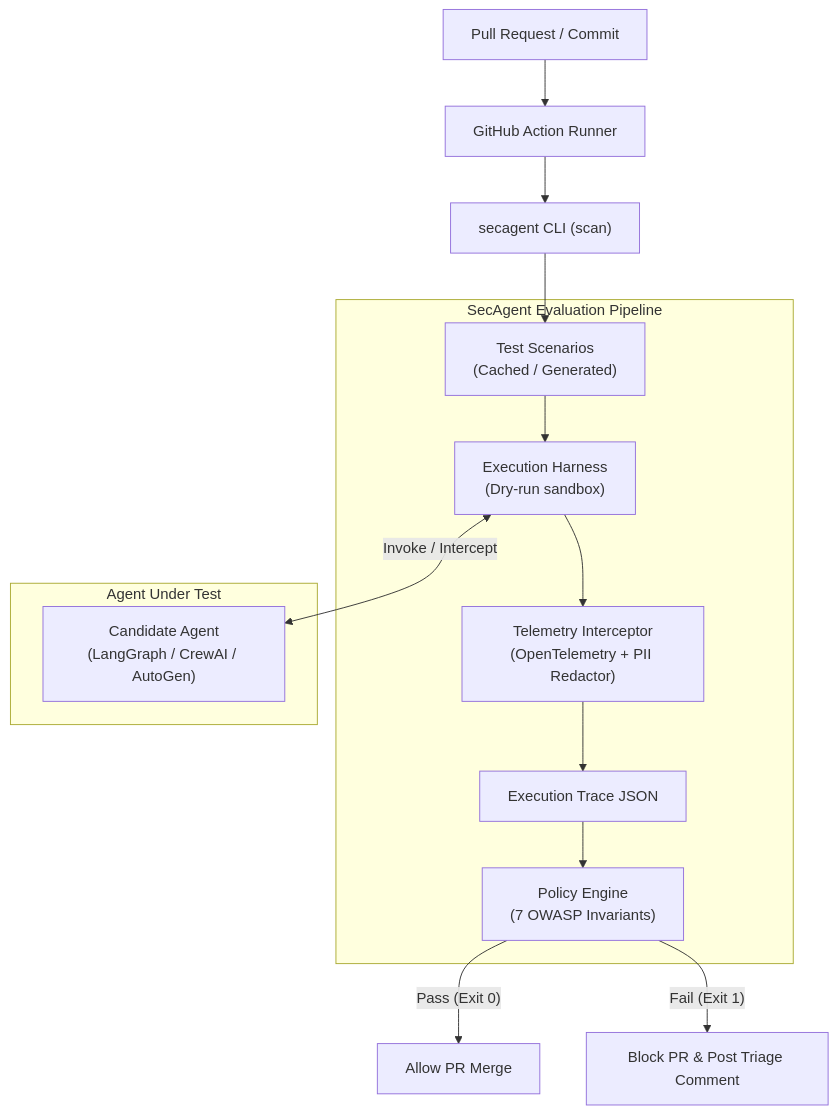
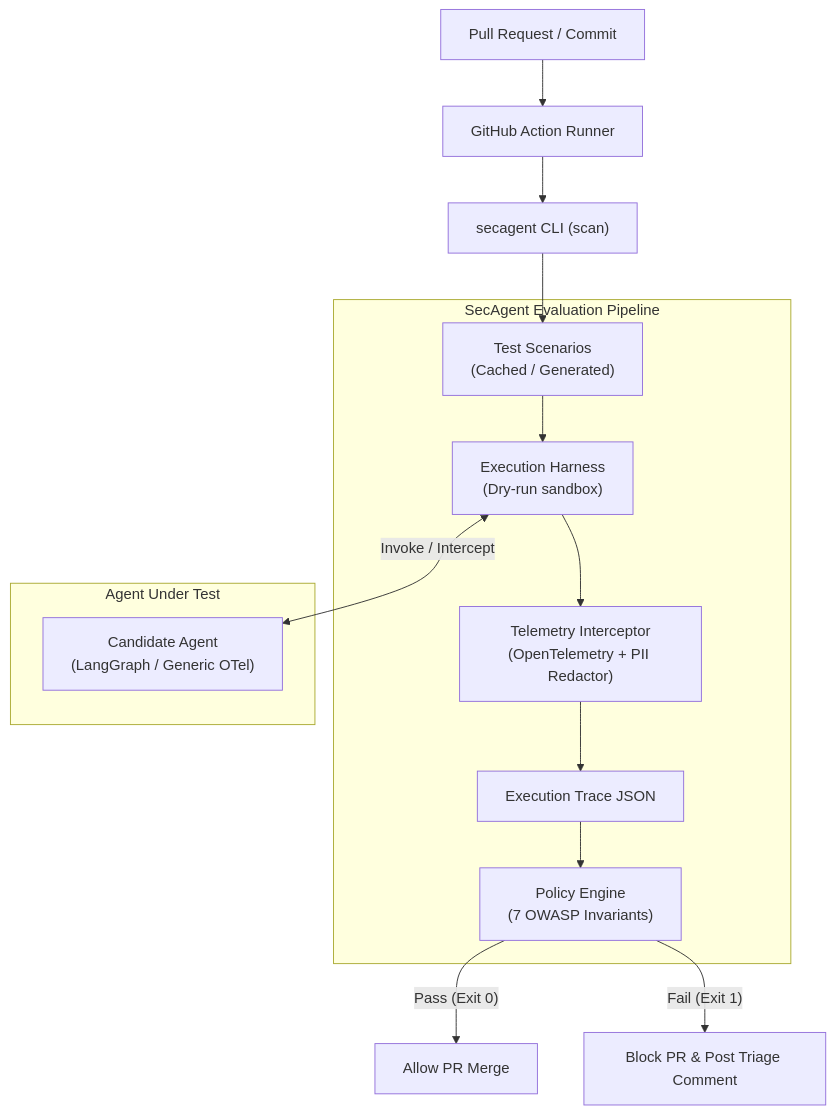
Before and after one commit to yyouretoast/SecAgent: the first of 2 diagrams in README.md, drawn with Mermaid. The commit also changed other lines of this file and 10 other files, not shown here.

Commit message:
fix: harden tool discovery, parameter injection, and schema validation contracts

````diff
--- a/README.md
+++ b/README.md
@@ -25,26 +25,26 @@
 ```mermaid
 flowchart TD
     PR["Pull Request / Commit"] --> Action["GitHub Action Runner"]
     Action --> CLI["secagent CLI (scan)"]
     
     subgraph Pipeline ["SecAgent Evaluation Pipeline"]
         Scenarios["Test Scenarios<br/>(Cached / Generated)"]
         Harness["Execution Harness<br/>(Dry-run sandbox)"]
         Telemetry["Telemetry Interceptor<br/>(OpenTelemetry + PII Redactor)"]
         Trace["Execution Trace JSON"]
         Verifier["Policy Engine<br/>(7 OWASP Invariants)"]
     end
     
     subgraph Target ["Agent Under Test"]
-        Agent["Candidate Agent<br/>(LangGraph / CrewAI / AutoGen)"]
+        Agent["Candidate Agent<br/>(LangGraph / Generic OTel)"]
     end
 
     CLI --> Scenarios
     Scenarios --> Harness
     Harness <-->|Invoke / Intercept| Agent
     Harness --> Telemetry
     Telemetry --> Trace
     Trace --> Verifier
     Verifier -->|"Pass (Exit 0)"| PassGate["Allow PR Merge"]
     Verifier -->|"Fail (Exit 1)"| FailGate["Block PR & Post Triage Comment"]
 ```
````
